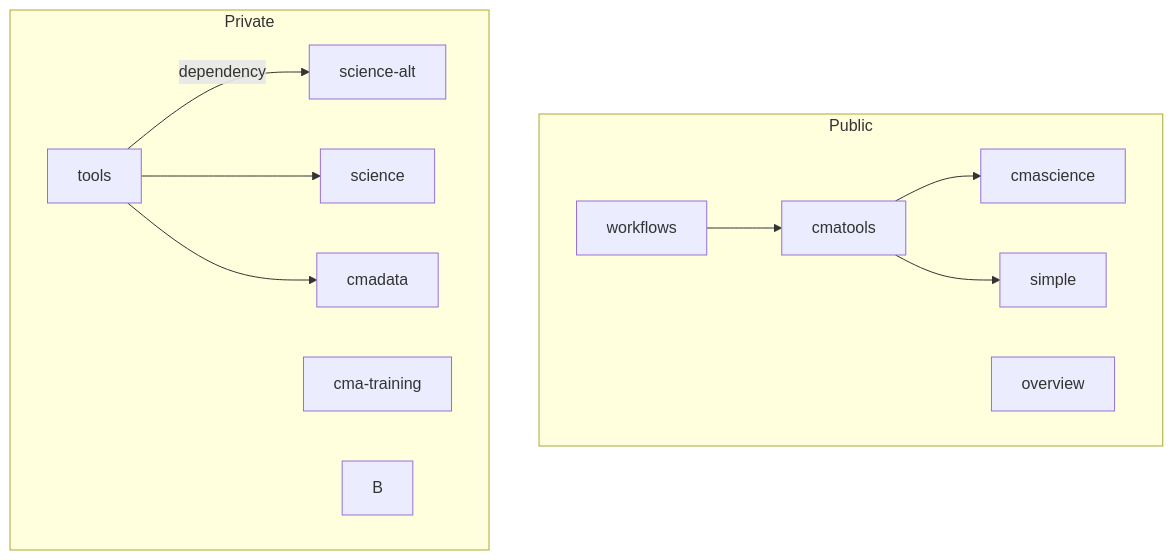
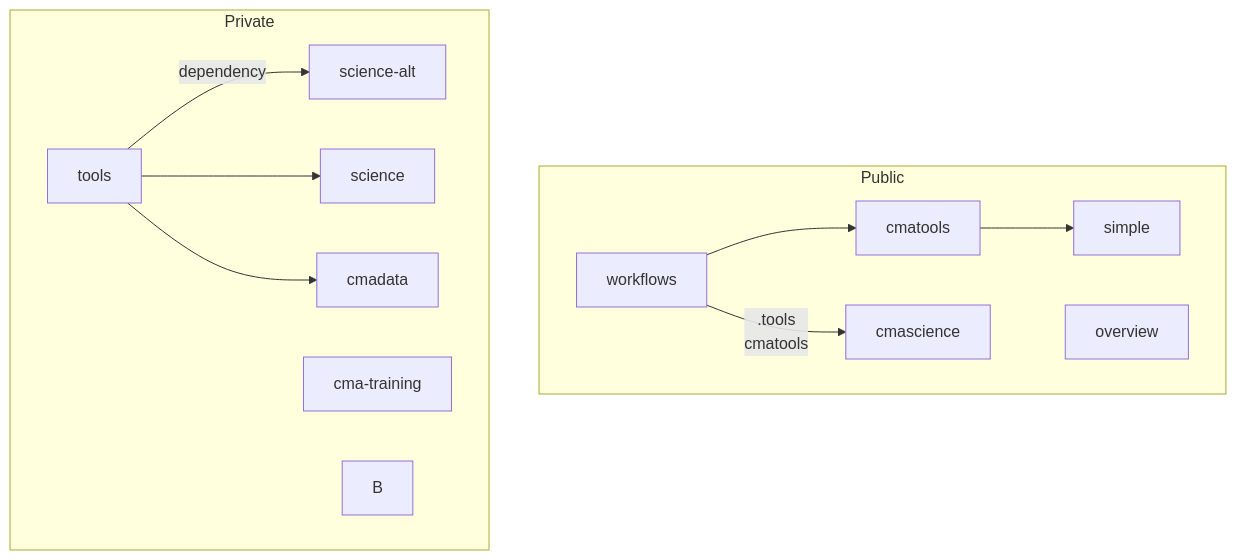
Before and after one commit to cma-open/overview: the diagram in README.md, drawn with Mermaid.

````diff
--- a/README.md
+++ b/README.md
@@ -11,17 +11,18 @@
 ```mermaid
 flowchart TB
  subgraph Public
     workflows-->cmatools
+    workflows--.tools
     cmatools-->cmascience
     cmatools-->simple
     overview
     end
     subgraph Private
     tools-->|dependency|science-alt
     tools-->science
     cma-training
     tools-->cmadata
     B
      click B "https://www.github.com" "This is a tooltip for a link"
     end
 ```
````
